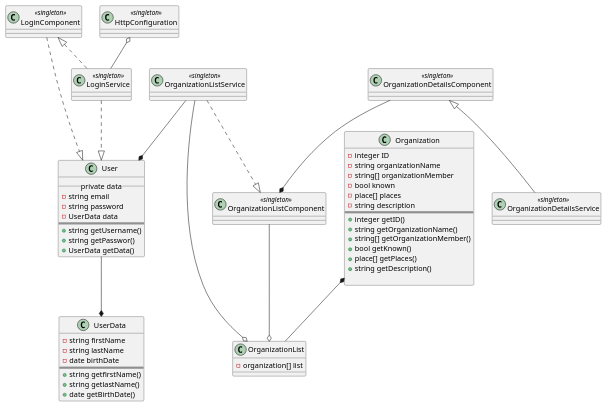
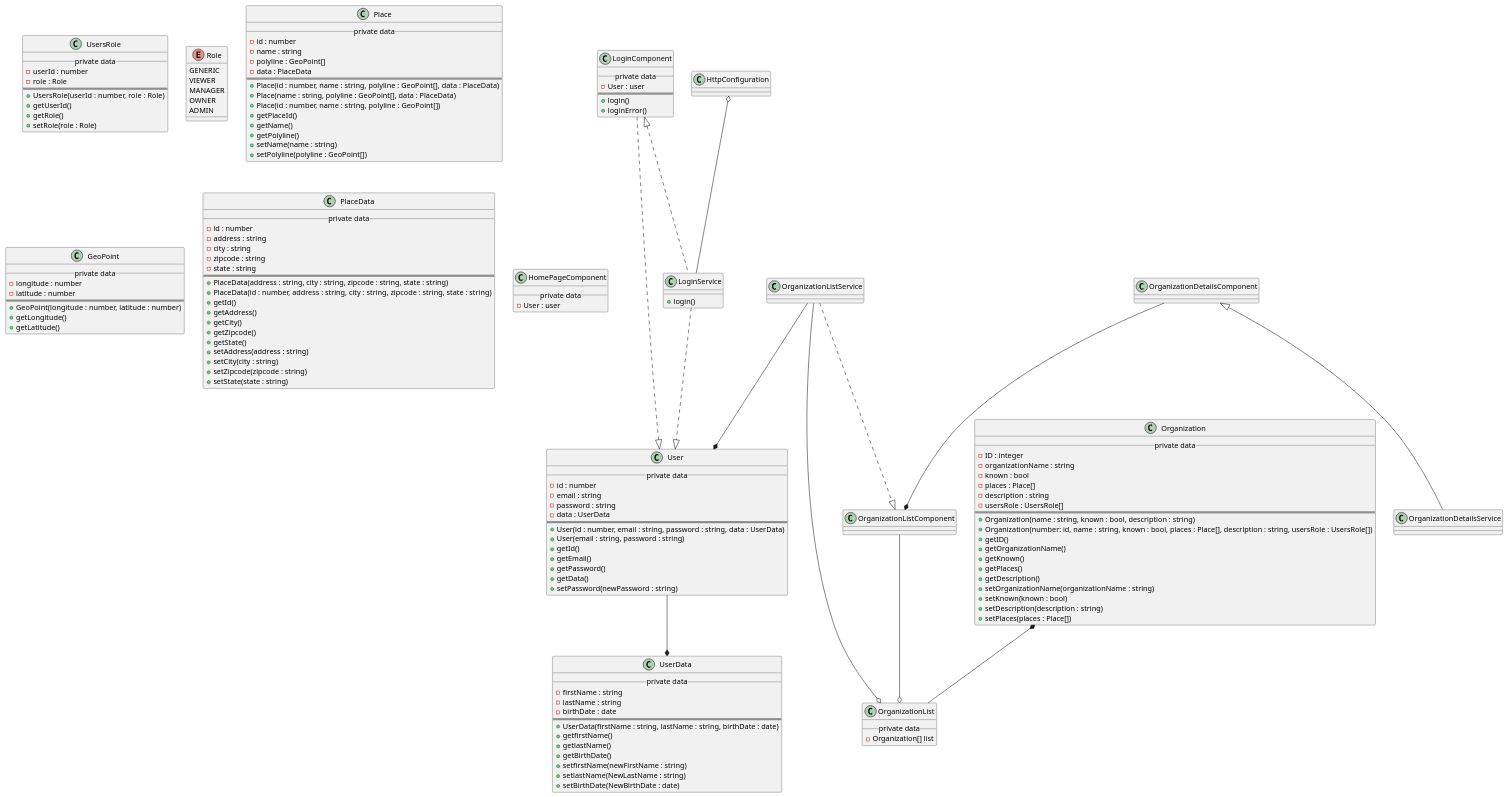
The diagram in docs/class_diagram.pu (GruppOne/stalker-web-app), drawn with PlantUML before and after one commit.

Commit message:
docs: add class diagrams for login
add class diagram for LoginComponent, Login Service and improve diagrams for users and organizations

```diff
--- a/docs/class_diagram.pu
+++ b/docs/class_diagram.pu
@@ -1,59 +1,156 @@
-@startuml
+@startuml Class Diagram
 class User{
   __ private data __
-  - string email
-  - string password
-  - UserData data
+  - id : number
+  - email : string
+  - password : string
+  - data : UserData
   ==
-  + string getUsername()
-  + string getPasswor()
-  + UserData getData()
+  + User(id : number, email : string, password : string, data : UserData)
+  + User(email : string, password : string)
+  + getId()
+  + getEmail()
+  + getPassword()
+  + getData()
+  + setPassword(newPassword : string)
 }
 class UserData{
-  - string firstName
-  - string lastName
-  - date birthDate
+  __ private data __
+  - firstName : string
+  - lastName : string
+  - birthDate : date
   ==
-  + string getfirstName()
-  + string getlastName()
-  + date getBirthDate()
+  + UserData(firstName : string, lastName : string, birthDate : date)
+  + getfirstName()
+  + getlastName()
+  + getBirthDate()
+  + setfirstName(newFirstName : string)
+  + setlastName(NewLastName : string)
+  + setBirthDate(NewBirthDate : date)
 }
+
+class UsersRole{
+  __ private data __
+  - userId : number
+  - role : Role
+  ==
+  + UsersRole(userId : number, role : Role)
+  + getUserId()
+  + getRole()
+  + setRole(role : Role)
+}
+enum Role {
+  GENERIC
+  VIEWER
+  MANAGER
+  OWNER
+  ADMIN
+}
+
+class Place{
+__ private data __
+- id : number
+- name : string
+- polyline : GeoPoint[]
+- data : PlaceData
+==
++ Place(id : number, name : string, polyline : GeoPoint[], data : PlaceData)
++ Place(name : string, polyline : GeoPoint[], data : PlaceData)
++ Place(id : number, name : string, polyline : GeoPoint[])
++ getPlaceId()
++ getName()
++ getPolyline()
++ setName(name : string)
++ setPolyline(polyline : GeoPoint[])
+}
+
+class GeoPoint{
+__ private data __
+- longitude : number
+- latitude : number
+==
++ GeoPoint(longitude : number, latitude : number)
++ getLongitude()
++ getLatitude()
+}
+
+class PlaceData{
+__ private data __
+- id : number
+- address : string
+- city : string
+- zipcode : string
+- state : string
+==
++ PlaceData(address : string, city : string, zipcode : string, state : string)
++ PlaceData(id : number, address : string, city : string, zipcode : string, state : string)
++ getId()
++ getAddress()
++ getCity()
++ getZipcode()
++ getState()
++ setAddress(address : string)
++ setCity(city : string)
++ setZipcode(zipcode : string)
++ setState(state : string)
+}
+
+
 class Organization{
-  - integer ID
-  - string organizationName
-  - string[] organizationMember
-  - bool known
-  - place[] places
-  - string description
+  __ private data __
+  - ID : integer
+  - organizationName : string
+  - known : bool
+  - places : Place[]
+  - description : string
+  - usersRole : UsersRole[]
   ==
-  + integer getID()
-  + string getOrganizationName()
-  + string[] getOrganizationMember()
-  + bool getKnown()
-  + place[] getPlaces()
-  + string getDescription()
-
+  + Organization(name : string, known : bool, description : string)
+  + Organization(number: id, name : string, known : bool, places : Place[], description : string, usersRole : UsersRole[])
+  + getID()
+  + getOrganizationName()
+  + getKnown()
+  + getPlaces()
+  + getDescription()
+  + setOrganizationName(organizationName : string)
+  + setKnown(known : bool)
+  + setDescription(description : string)
+  + setPlaces(places : Place[])
 }
 class OrganizationList{
-  - organization[] list
+  __ private data __
+  - Organization[] list
 }
-class LoginComponent <<singleton>>
-class LoginService <<singleton>>
-class HttpConfiguration <<singleton>>
-class OrganizationListComponent <<singleton>>
-class OrganizationListService <<singleton>>
-class OrganizationDetailsComponent <<singleton>>
-class OrganizationDetailsService <<singleton>>
+class LoginComponent {
+  __ private data __
+  - User : user
+  ==
+  + login()
+  + loginError()
+}
+
+class LoginService {
+  + login()
+}
+class HomePageComponent {
+ __ private data __
+ - User : user
+}
+
+class OrganizationListComponent
+class OrganizationListService
+class OrganizationDetailsComponent
+class OrganizationDetailsService
 LoginComponent <|.. LoginService
 LoginService ..|> User
 LoginComponent ..|> User
 HttpConfiguration o-- LoginService
 Organization *-- OrganizationList
 OrganizationListComponent --o OrganizationList
 OrganizationListService --o OrganizationList
 OrganizationListService --* User
 User --*  UserData
 OrganizationListService ..|> OrganizationListComponent
 OrganizationDetailsComponent --* OrganizationListComponent
 OrganizationDetailsComponent <|-- OrganizationDetailsService
 @enduml
```
